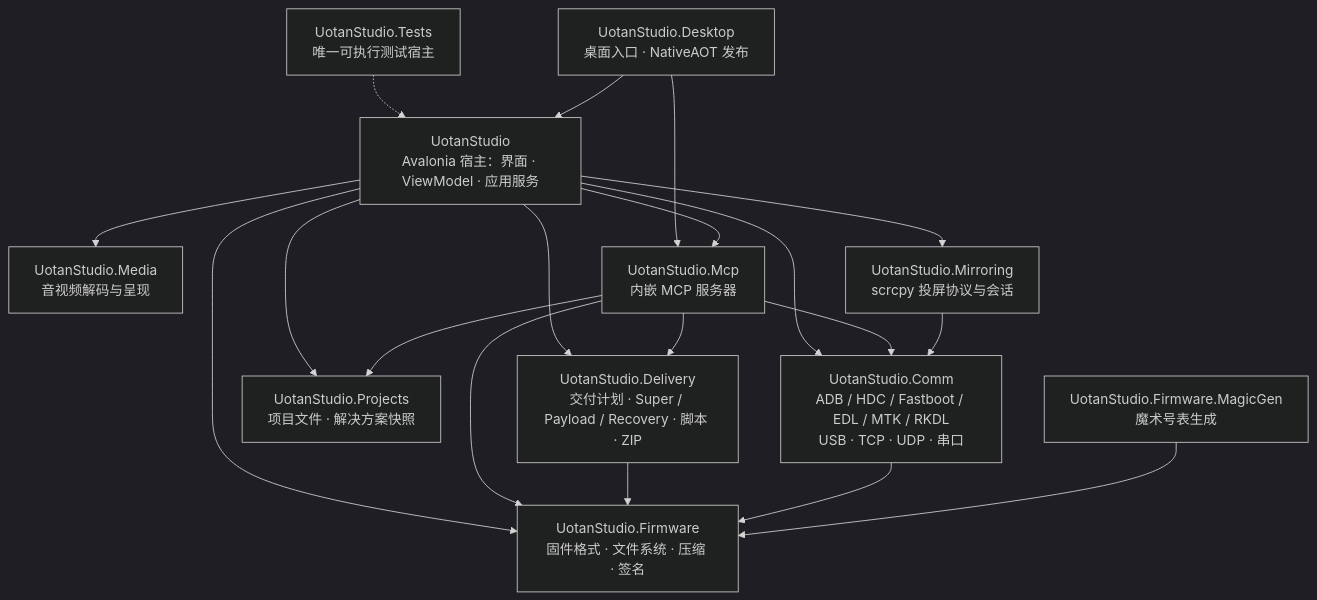
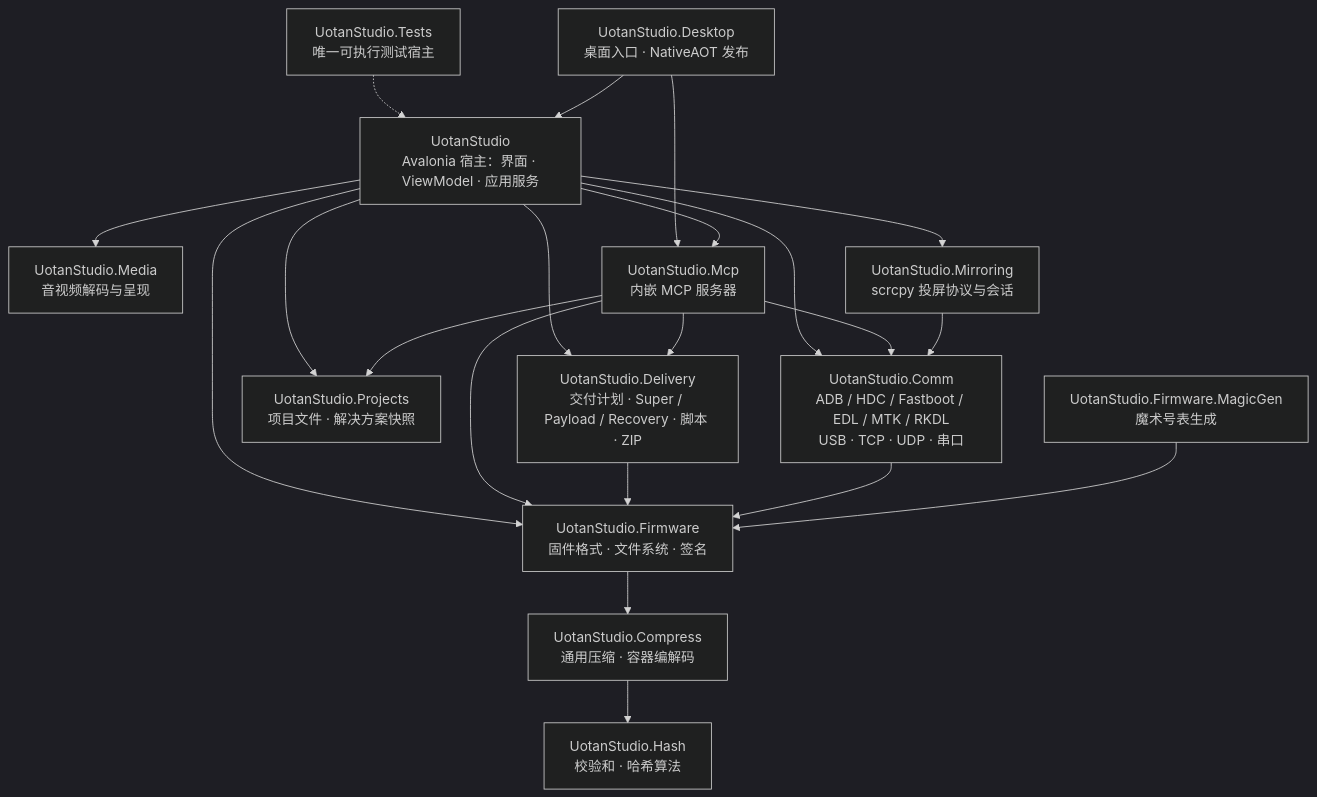
One commit to Uotan-Dev/UotanStudio changed the diagram in README.md. Above: the diagram before and after it, drawn with Mermaid (dark theme). The commit also changed other lines of this file and 4 other files, not shown here.

````diff
--- a/README.md
+++ b/README.md
@@ -34,33 +34,37 @@
 ```mermaid
 flowchart TD
- Firmware["UotanStudio.Firmware<br/>固件格式 · 文件系统 · 压缩 · 签名"]
+ Hash["UotanStudio.Hash<br/>校验和 · 哈希算法"]
+ Compress["UotanStudio.Compress<br/>通用压缩 · 容器编解码"]
+ Firmware["UotanStudio.Firmware<br/>固件格式 · 文件系统 · 签名"]
  MagicGen["UotanStudio.Firmware.MagicGen<br/>魔术号表生成"]
  Projects["UotanStudio.Projects<br/>项目文件 · 解决方案快照"]
  Media["UotanStudio.Media<br/>音视频解码与呈现"]
  Comm["UotanStudio.Comm<br/>ADB / HDC / Fastboot / EDL / MTK / RKDL<br/>USB · TCP · UDP · 串口"]
  Mirroring["UotanStudio.Mirroring<br/>scrcpy 投屏协议与会话"]
  Delivery["UotanStudio.Delivery<br/>交付计划 · Super / Payload / Recovery · 脚本 · ZIP"]
  Mcp["UotanStudio.Mcp<br/>内嵌 MCP 服务器"]
  Host["UotanStudio<br/>Avalonia 宿主：界面 · ViewModel · 应用服务"]
  Desktop["UotanStudio.Desktop<br/>桌面入口 · NativeAOT 发布"]
  Tests["UotanStudio.Tests<br/>唯一可执行测试宿主"]
 
  MagicGen --> Firmware
+ Compress --> Hash
+ Firmware --> Compress
  Comm --> Firmware
  Delivery --> Firmware
  Mirroring --> Comm
  Mcp --> Firmware
  Mcp --> Comm
  Mcp --> Delivery
  Mcp --> Projects
  Host --> Firmware
  Host --> Comm
  Host --> Delivery
  Host --> Mirroring
  Host --> Media
  Host --> Projects
  Host --> Mcp
  Desktop --> Host
  Desktop --> Mcp
  Tests -.-> Host
 ```
````
